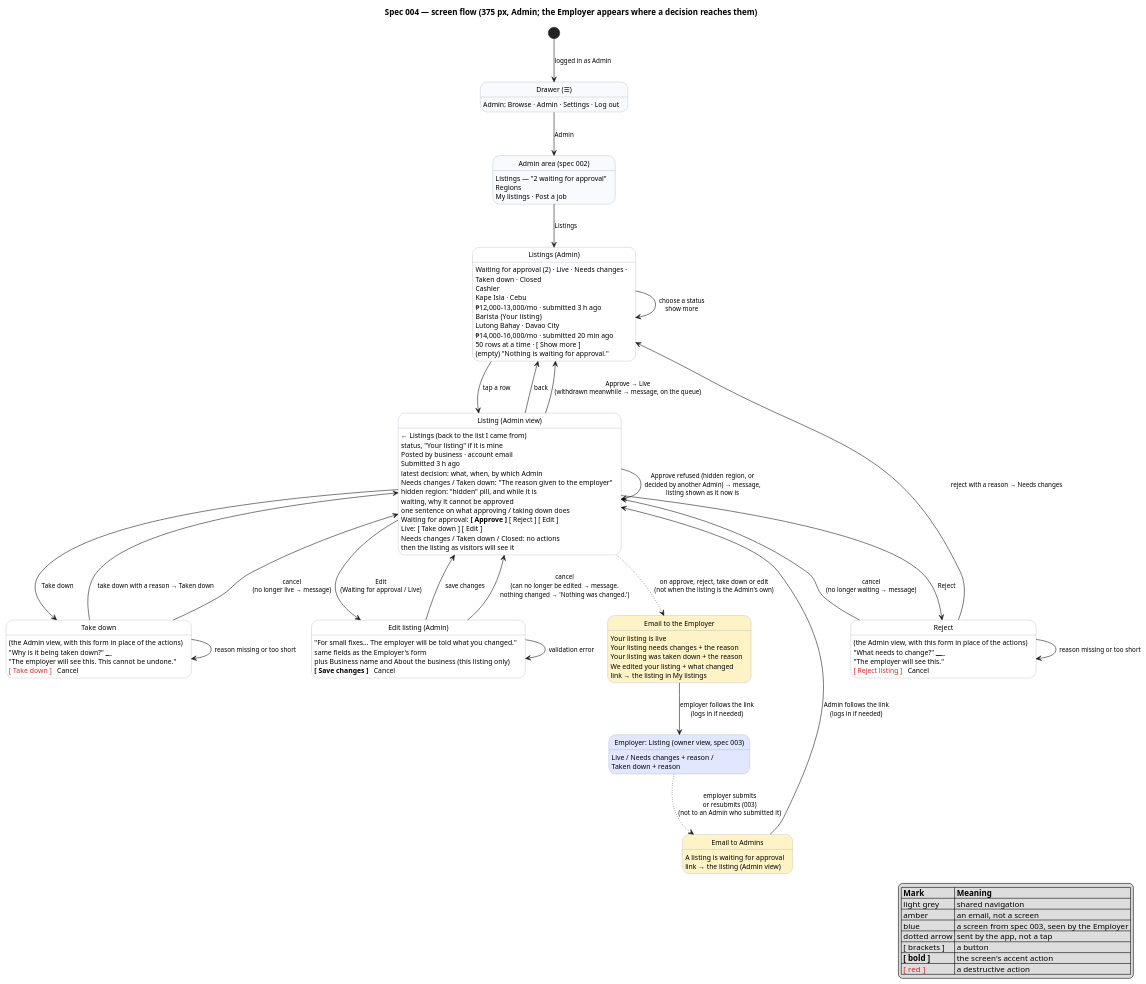
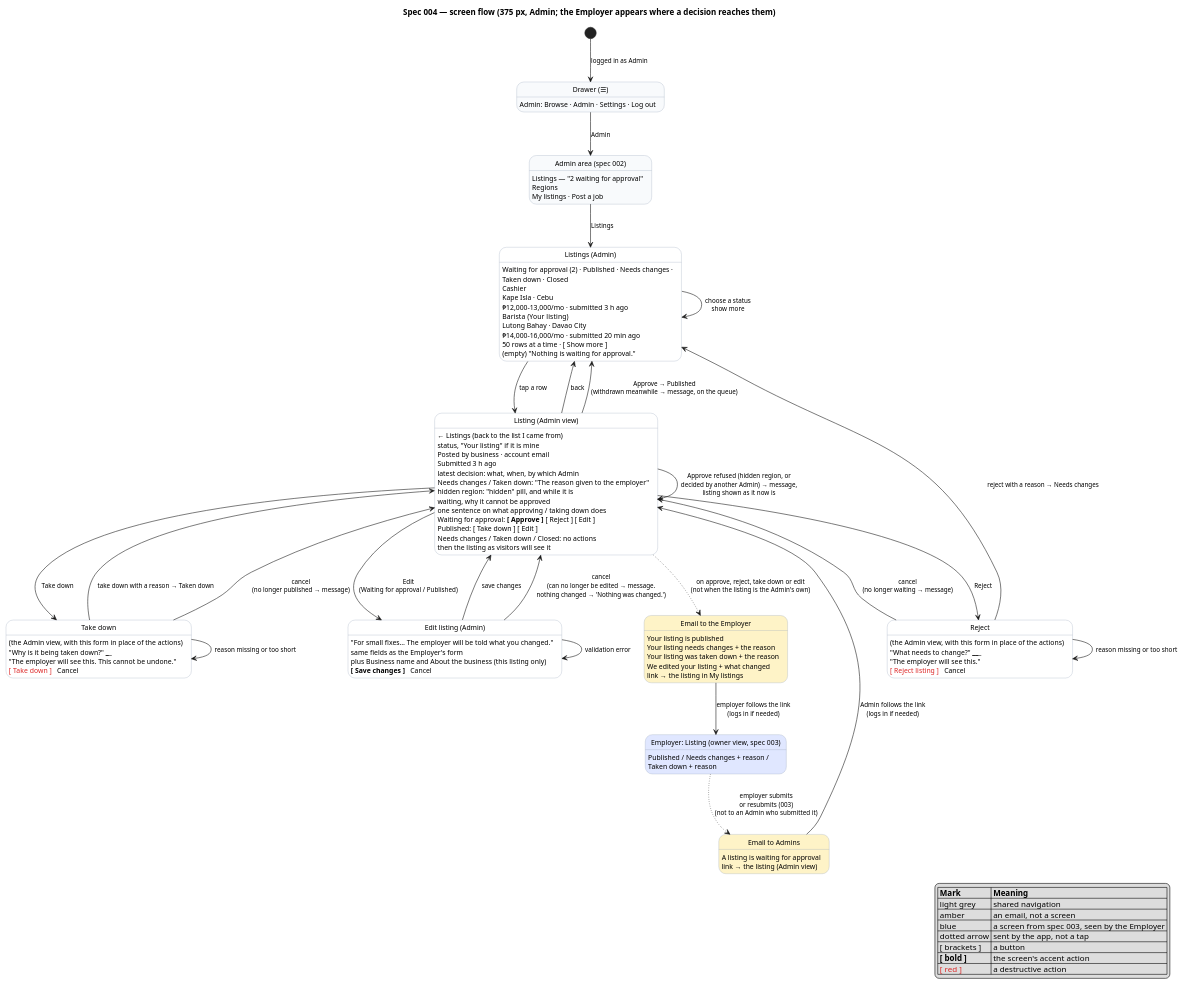
Before and after one commit to raseniero/jairojobs-elixir: the diagram in docs/specs/004-listings-admin-moderation/diagrams/screenflow-moderation.puml, drawn with PlantUML. The commit also changed 38 other files, not shown here.

Commit message:
refactor(listings): the Published status is called "Published" on screens, in email and in the Admin list's address, no longer "Live" (REQ-003-9, REQ-003-10, REQ-004-3, REQ-004-7, REQ-004-9)

```diff
--- a/docs/specs/004-listings-admin-moderation/diagrams/screenflow-moderation.puml
+++ b/docs/specs/004-listings-admin-moderation/diagrams/screenflow-moderation.puml
@@ -1,122 +1,122 @@
 @startuml screenflow-moderation
 ' Spec 004 — screen flow. Each state is a screen (key elements listed); each arrow is a user action.
 ' Every user story US-004-1..11 is a path through this diagram (see table in spec.md).
 
 hide empty description
 skinparam state {
   BackgroundColor white
   BackgroundColor<<public>> #f8fafc
   BackgroundColor<<email>> #fef3c7
   BackgroundColor<<other>> #e0e7ff
   BorderColor #94a3b8
   FontSize 12
 }
 skinparam arrowFontSize 11
 
 title Spec 004 — screen flow (375 px, Admin; the Employer appears where a decision reaches them)
 
 state "Drawer (☰)" as Drawer <<public>>
 Drawer : Admin: Browse · Admin · Settings · Log out
 
 state "Admin area (spec 002)" as AdminArea <<public>>
 AdminArea : Listings — "2 waiting for approval"
 AdminArea : Regions
 AdminArea : My listings · Post a job
 
 state "Listings (Admin)" as Listings
-Listings : Waiting for approval (2) · Live · Needs changes ·
+Listings : Waiting for approval (2) · Published · Needs changes ·
 Listings : Taken down · Closed
 Listings : Cashier
 Listings : Kape Isla · Cebu
 Listings : ₱12,000–13,000/mo · submitted 3 h ago
 Listings : Barista  (Your listing)
 Listings : Lutong Bahay · Davao City
 Listings : ₱14,000–16,000/mo · submitted 20 min ago
 Listings : 50 rows at a time · [ Show more ]
 Listings : (empty) "Nothing is waiting for approval."
 
 state "Listing (Admin view)" as Review
 Review : ← Listings (back to the list I came from)
 Review : status, "Your listing" if it is mine
 Review : Posted by business · account email
 Review : Submitted 3 h ago
 Review : latest decision: what, when, by which Admin
 Review : Needs changes / Taken down: "The reason given to the employer"
 Review : hidden region: "hidden" pill, and while it is
 Review : waiting, why it cannot be approved
 Review : one sentence on what approving / taking down does
 Review : Waiting for approval: **[ Approve ]** [ Reject ] [ Edit ]
-Review : Live: [ Take down ] [ Edit ]
+Review : Published: [ Take down ] [ Edit ]
 Review : Needs changes / Taken down / Closed: no actions
 Review : then the listing as visitors will see it
 
 state "Reject" as Reject
 Reject : (the Admin view, with this form in place of the actions)
 Reject : "What needs to change?" ___________
 Reject : "The employer will see this."
 Reject : <color:#dc2626>[ Reject listing ]</color>   Cancel
 
 state "Take down" as TakeDown
 TakeDown : (the Admin view, with this form in place of the actions)
 TakeDown : "Why is it being taken down?" ______
 TakeDown : "The employer will see this. This cannot be undone."
 TakeDown : <color:#dc2626>[ Take down ]</color>   Cancel
 
 state "Edit listing (Admin)" as Edit
 Edit : "For small fixes… The employer will be told what you changed."
 Edit : same fields as the Employer's form
 Edit : plus Business name and About the business (this listing only)
 Edit : **[ Save changes ]**   Cancel
 
 state "Email to the Employer" as MailEmployer <<email>>
-MailEmployer : Your listing is live
+MailEmployer : Your listing is published
 MailEmployer : Your listing needs changes + the reason
 MailEmployer : Your listing was taken down + the reason
 MailEmployer : We edited your listing + what changed
 MailEmployer : link → the listing in My listings
 
 state "Email to Admins" as MailAdmins <<email>>
 MailAdmins : A listing is waiting for approval
 MailAdmins : link → the listing (Admin view)
 
 state "Employer: Listing (owner view, spec 003)" as Owner <<other>>
-Owner : Live / Needs changes + reason /
+Owner : Published / Needs changes + reason /
 Owner : Taken down + reason
 
 [*] --> Drawer : logged in as Admin
 Drawer --> AdminArea : Admin
 AdminArea --> Listings : Listings
 Listings --> Listings : choose a status\nshow more
 Listings --> Review : tap a row
 Review --> Listings : back
 Review --> Review : Approve refused (hidden region, or\ndecided by another Admin) → message,\nlisting shown as it now is
-Review --> Listings : Approve → Live\n(withdrawn meanwhile → message, on the queue)
+Review --> Listings : Approve → Published\n(withdrawn meanwhile → message, on the queue)
 Review --> Reject : Reject
 Reject --> Listings : reject with a reason → Needs changes
 Reject --> Reject : reason missing or too short
 Reject --> Review : cancel\n(no longer waiting → message)
 Review --> TakeDown : Take down
 TakeDown --> Review : take down with a reason → Taken down
 TakeDown --> TakeDown : reason missing or too short
-TakeDown --> Review : cancel\n(no longer live → message)
-Review --> Edit : Edit\n(Waiting for approval / Live)
+TakeDown --> Review : cancel\n(no longer published → message)
+Review --> Edit : Edit\n(Waiting for approval / Published)
 Edit --> Review : save changes
 Edit --> Edit : validation error
 Edit --> Review : cancel\n(can no longer be edited → message.\nnothing changed → 'Nothing was changed.')
 
 Review -[dotted]-> MailEmployer : on approve, reject, take down or edit\n(not when the listing is the Admin's own)
 MailEmployer --> Owner : employer follows the link\n(logs in if needed)
 Owner -[dotted]-> MailAdmins : employer submits\nor resubmits (003)\n(not to an Admin who submitted it)
 MailAdmins --> Review : Admin follows the link\n(logs in if needed)
 
 legend right
   |= Mark |= Meaning |
   | light grey | shared navigation |
   | amber | an email, not a screen |
   | blue | a screen from spec 003, seen by the Employer |
   | dotted arrow | sent by the app, not a tap |
   | [ brackets ] | a button |
   | **[ bold ]** | the screen's accent action |
   | <color:#dc2626>[ red ]</color> | a destructive action |
 endlegend
 @enduml
```
